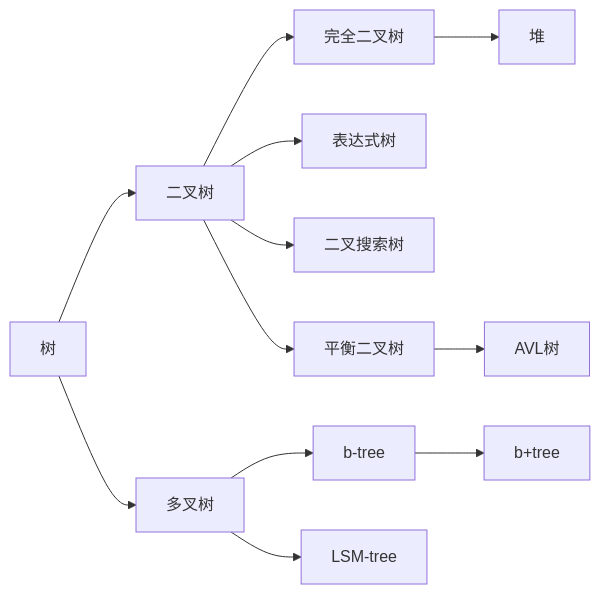
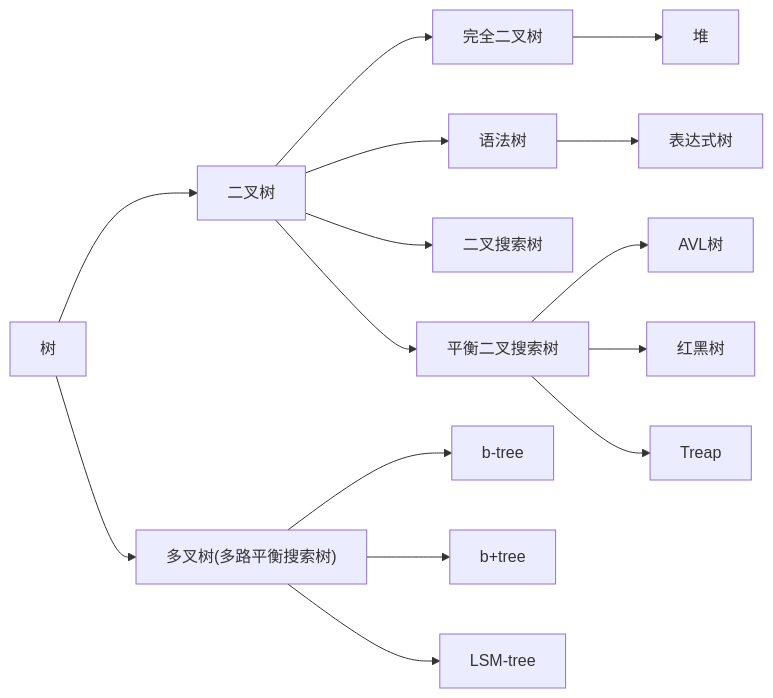
One commit to infinite-war/CS-notes changed the diagram in Algorithm/Data-Structure-and-Sort/Tree.md. Above: the diagram before and after it, drawn with Mermaid. The commit also changed other lines of this file and 6 other files, not shown here.

````diff
--- a/Algorithm/Data-Structure-and-Sort/Tree.md
+++ b/Algorithm/Data-Structure-and-Sort/Tree.md
@@ -12,20 +6,25 @@
 ```mermaid
 graph LR;
 
 树 --> 二叉树
 树 --> 多叉树
 
 二叉树 --> 完全二叉树
-二叉树 --> 表达式树
+二叉树 --> 语法树
 二叉树 --> 二叉搜索树
 
 完全二叉树 --> 堆
 
-二叉树 --> 平衡二叉树
-平衡二叉树 --> AVL树
+语法树 --> 表达式树
 
+二叉树 --> 平衡二叉搜索树
+平衡二叉搜索树 --> AVL树
+平衡二叉搜索树 --> 红黑树
+平衡二叉搜索树 --> Treap
+
+多叉树["多叉树(多路平衡搜索树)"] 
 多叉树 --> btree[b-tree]
+多叉树 --> bbtree[b+tree]
 多叉树 --> LSMtree[LSM-tree]
 
-btree[b-tree] --> bbtree[b+tree]
 ```
````
